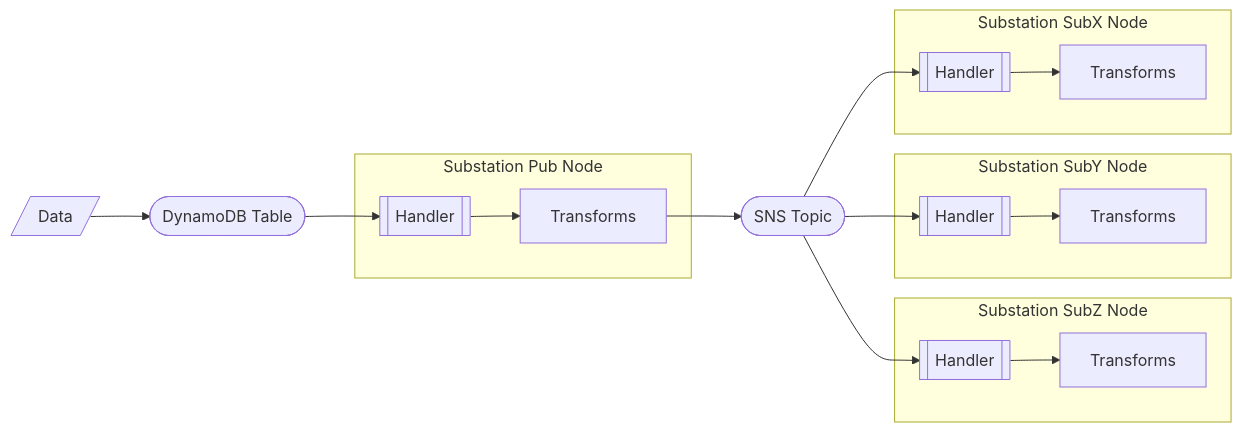
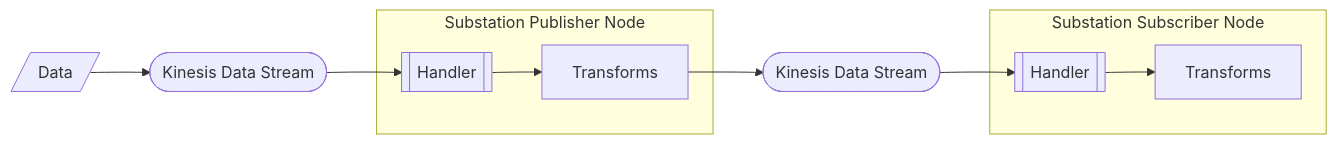
One commit to brexhq/substation changed the diagram in examples/aws/sns/README.md. Above: the diagram before and after it, drawn with Mermaid. The commit also changed other lines of this file and 2 other files, not shown here.

Commit message:
docs: aws README

````diff
--- a/examples/aws/sns/README.md
+++ b/examples/aws/sns/README.md
@@ -10,41 +10,26 @@
 ```mermaid
 
 flowchart LR
     %% resources
     data[/Data/]
-    ddb([DynamoDB Table])
-    sns([SNS Topic])
+    kds1([Kinesis Data Stream])
+    kds2([Kinesis Data Stream])
 
-    ingest[[Handler]]
-    load[Transforms]
+    pubHand[[Handler]]
+    pubTform[Transforms]
 
-    subHandler1[[Handler]]
-    subTransform1[Transforms]
-    subHandler2[[Handler]]
-    subTransform2[Transforms]
-    subHandler3[[Handler]]
-    subTransform3[Transforms]
+    subHand[[Handler]]
+    subTform[Transforms]
 
     %% connections
-    data --> ddb --> ingest
-    subgraph Substation Pub Node 
-    ingest --> load
+    data --> kds1 --> pubHand
+    subgraph Substation Publisher Node 
+    pubHand --> pubTform
     end
 
-    load --> sns 
-    sns --> subHandler1
-    sns --> subHandler2
-    sns --> subHandler3
+    pubTform --> kds2 --> subHand
 
-    subgraph Substation SubZ Node 
-    subHandler3 --> subTransform3
-    end
-
-    subgraph Substation SubY Node 
-    subHandler2 --> subTransform2
-    end
-
-    subgraph Substation SubX Node 
-    subHandler1 --> subTransform1
+    subgraph Substation Subscriber Node 
+    subHand  --> subTform
     end
 ```
````
